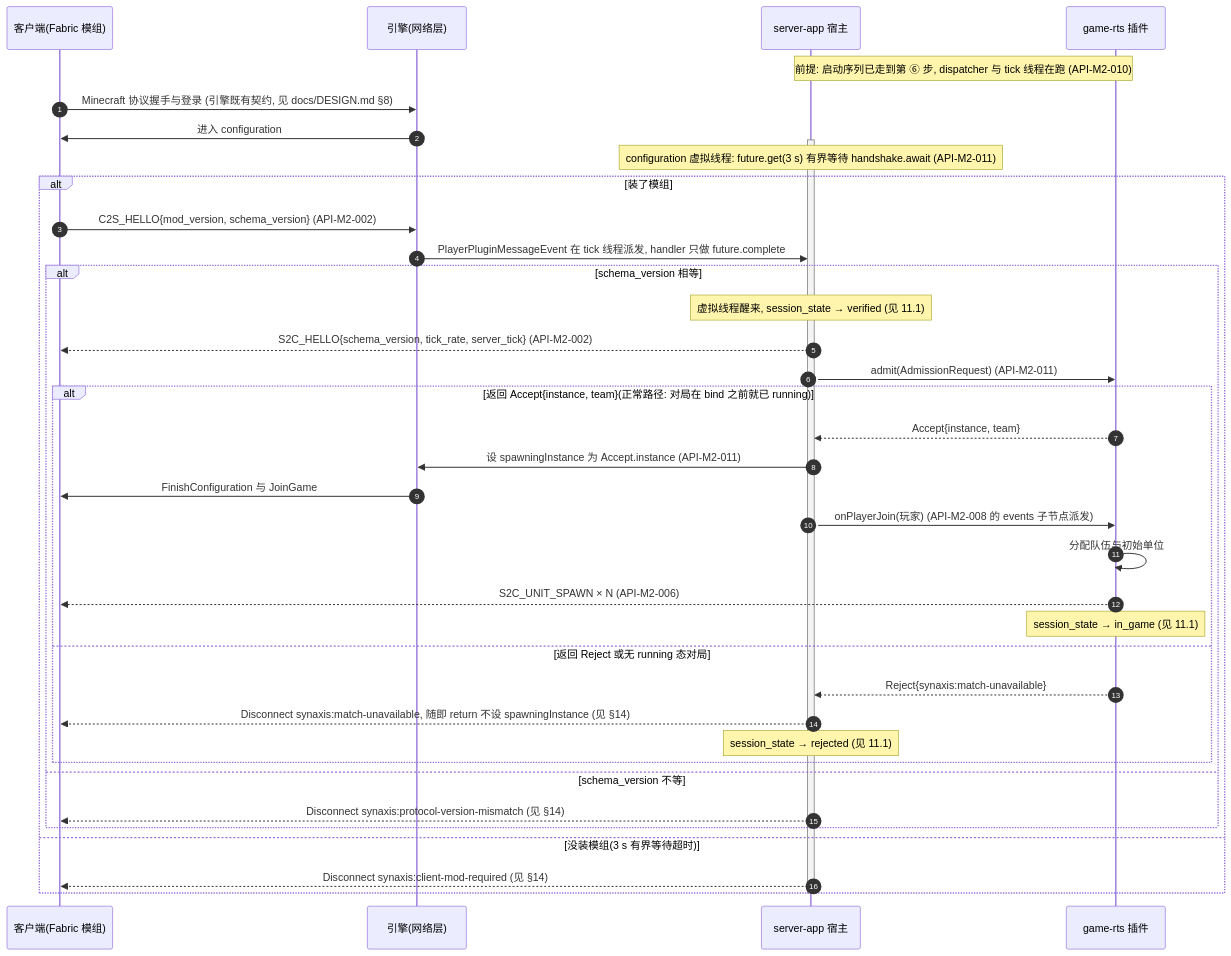
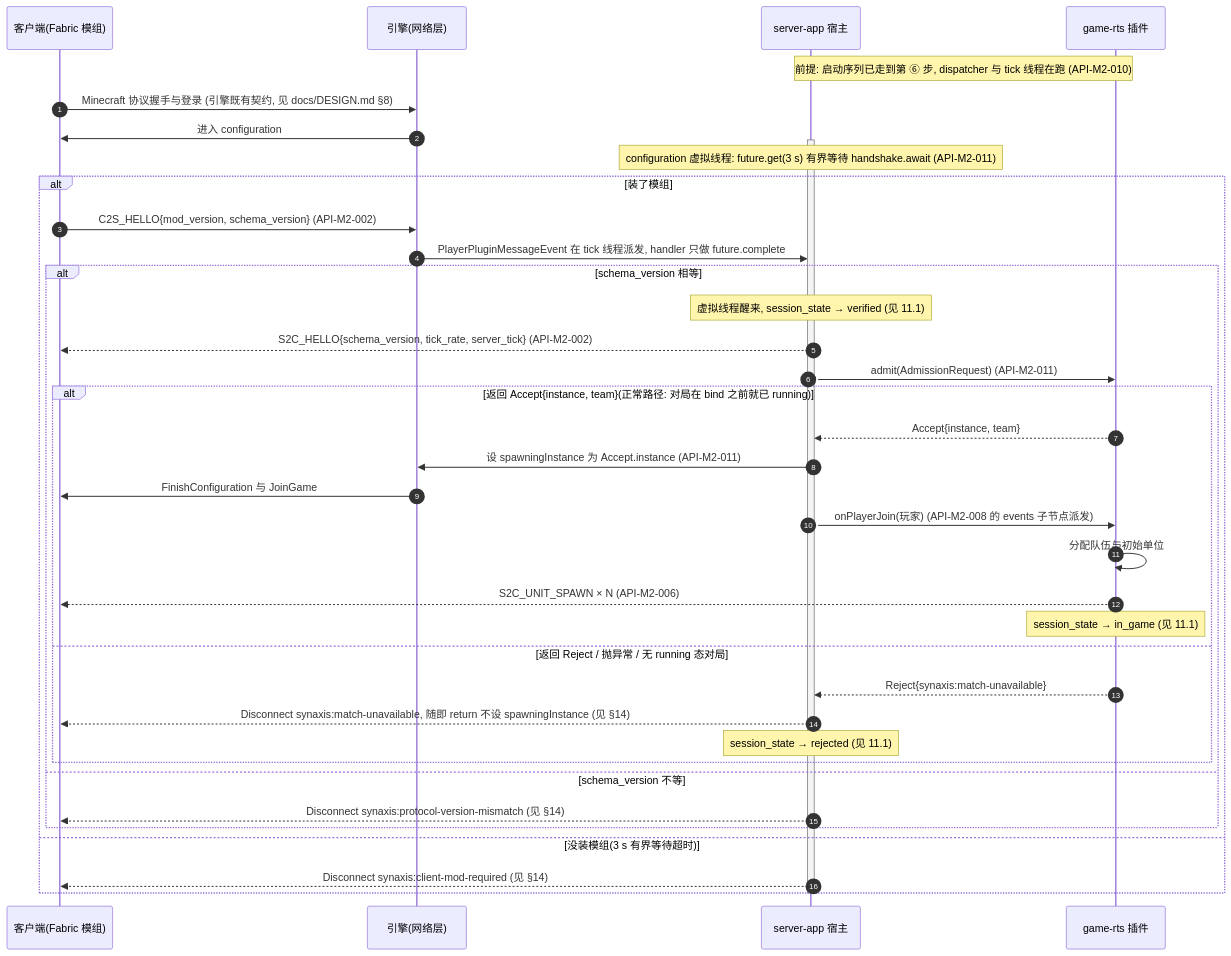
Before and after one commit to Bearisbug/synaxis: the seventh of 9 diagrams in docs/DESIGN-M2.md, drawn with Mermaid. The commit also changed other lines of this file and 1 other file, not shown here.

````diff
--- a/docs/DESIGN-M2.md
+++ b/docs/DESIGN-M2.md
@@ -574,40 +575,40 @@
 ```mermaid
 sequenceDiagram
   autonumber
   participant C as 客户端(Fabric 模组)
   participant E as 引擎(网络层)
   participant H as server-app 宿主
   participant P as game-rts 插件
   Note over H,P: 前提: 启动序列已走到第 ⑥ 步, dispatcher 与 tick 线程在跑 (API-M2-010)
   C->>E: Minecraft 协议握手与登录 (引擎既有契约, 见 docs/DESIGN.md §8)
   E->>C: 进入 configuration
   activate H
   Note over H: configuration 虚拟线程: future.get(3 s) 有界等待 handshake.await (API-M2-011)
   alt 装了模组
     C->>E: C2S_HELLO{mod_version, schema_version} (API-M2-002)
     E->>H: PlayerPluginMessageEvent 在 tick 线程派发, handler 只做 future.complete
     alt schema_version 相等
       Note over H: 虚拟线程醒来, session_state → verified (见 11.1)
       H-->>C: S2C_HELLO{schema_version, tick_rate, server_tick} (API-M2-002)
       H->>P: admit(AdmissionRequest) (API-M2-011)
       alt 返回 Accept{instance, team}(正常路径: 对局在 bind 之前就已 running)
         P-->>H: Accept{instance, team}
         H->>E: 设 spawningInstance 为 Accept.instance (API-M2-011)
         E->>C: FinishConfiguration 与 JoinGame
         H->>P: onPlayerJoin(玩家) (API-M2-008 的 events 子节点派发)
         P->>P: 分配队伍与初始单位
         P-->>C: S2C_UNIT_SPAWN × N (API-M2-006)
         Note over P: session_state → in_game (见 11.1)
-      else 返回 Reject 或无 running 态对局
+      else 返回 Reject / 抛异常 / 无 running 态对局
         P-->>H: Reject{synaxis:match-unavailable}
         H-->>C: Disconnect synaxis:match-unavailable, 随即 return 不设 spawningInstance (见 §14)
         Note over H: session_state → rejected (见 11.1)
       end
     else schema_version 不等
       H-->>C: Disconnect synaxis:protocol-version-mismatch (见 §14)
     end
   else 没装模组(3 s 有界等待超时)
     H-->>C: Disconnect synaxis:client-mod-required (见 §14)
   end
   deactivate H
 ```
````
